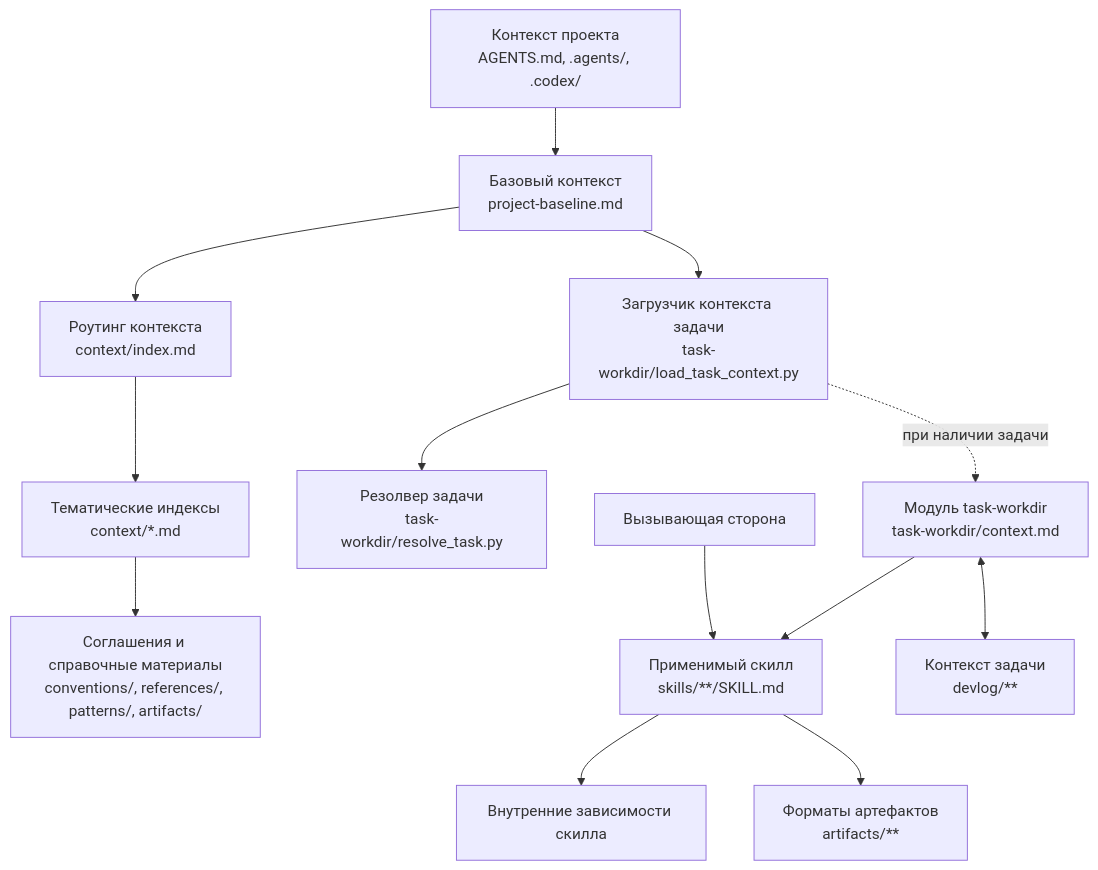
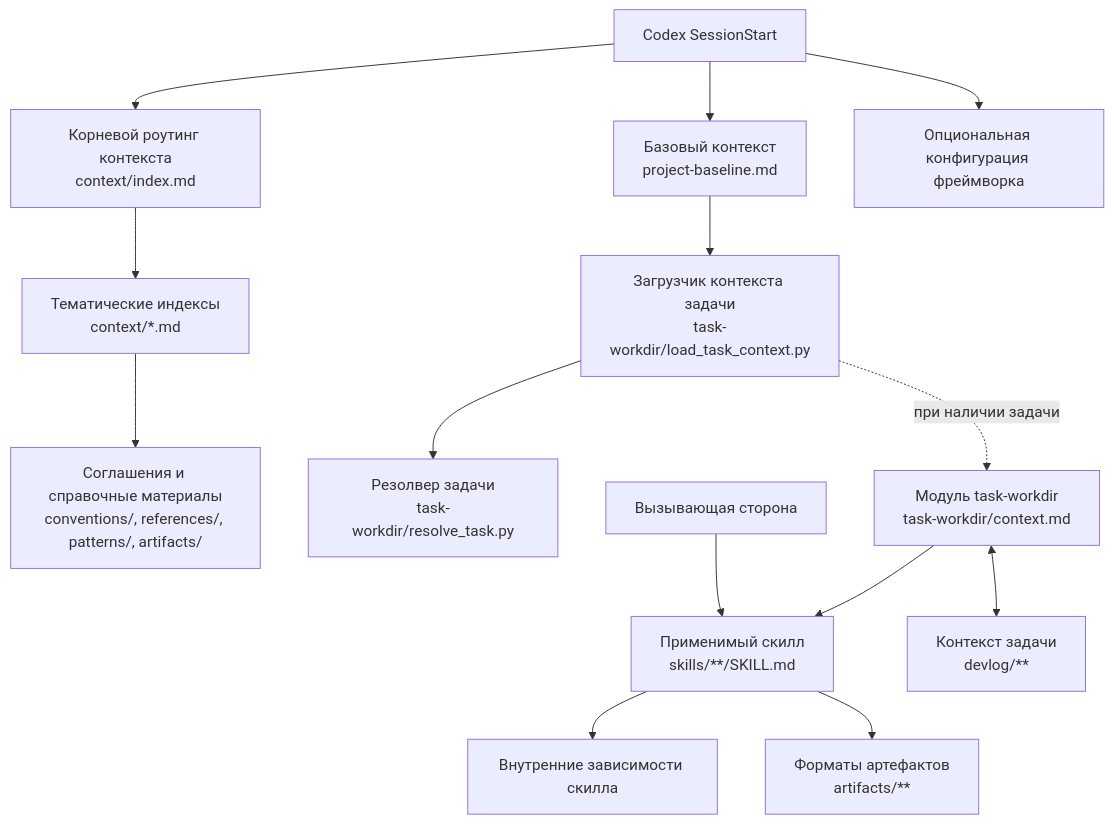
One commit to ergonomic-code/dot-agents changed the diagram in README.md. Above: the diagram before and after it, drawn with Mermaid. The commit also changed other lines of this file and 9 other files, not shown here.

Commit message:
Load root context index at session start

````diff
--- a/README.md
+++ b/README.md
@@ -115,15 +115,16 @@
 ```mermaid
 flowchart TD
-    Project[Контекст проекта<br/>AGENTS.md, .agents/, .codex/] --> Baseline[Базовый контекст<br/>project-baseline.md]
-    Baseline --> Context[Роутинг контекста<br/>context/index.md]
+    SessionStart[Codex SessionStart] --> Baseline[Базовый контекст<br/>project-baseline.md]
+    SessionStart --> Context[Корневой роутинг контекста<br/>context/index.md]
+    SessionStart --> Config[Опциональная конфигурация фреймворка]
     Context --> ContextIndexes[Тематические индексы<br/>context/*.md]
     ContextIndexes --> RoutedContext[Соглашения и справочные материалы<br/>conventions/, references/, patterns/, artifacts/]
     Baseline --> TaskLoader[Загрузчик контекста задачи<br/>task-workdir/load_task_context.py]
     TaskLoader --> TaskResolver[Резолвер задачи<br/>task-workdir/resolve_task.py]
     TaskLoader -. при наличии задачи .-> TaskModule[Модуль task-workdir<br/>task-workdir/context.md]
     TaskModule --> Skill[Применимый скилл<br/>skills/**/SKILL.md]
     Caller[Вызывающая сторона] --> Skill
     Skill --> Intrinsic[Внутренние зависимости скилла]
     Skill --> Artifacts[Форматы артефактов<br/>artifacts/**]
     TaskModule <--> Task[Контекст задачи<br/>devlog/**]
 ```
````
